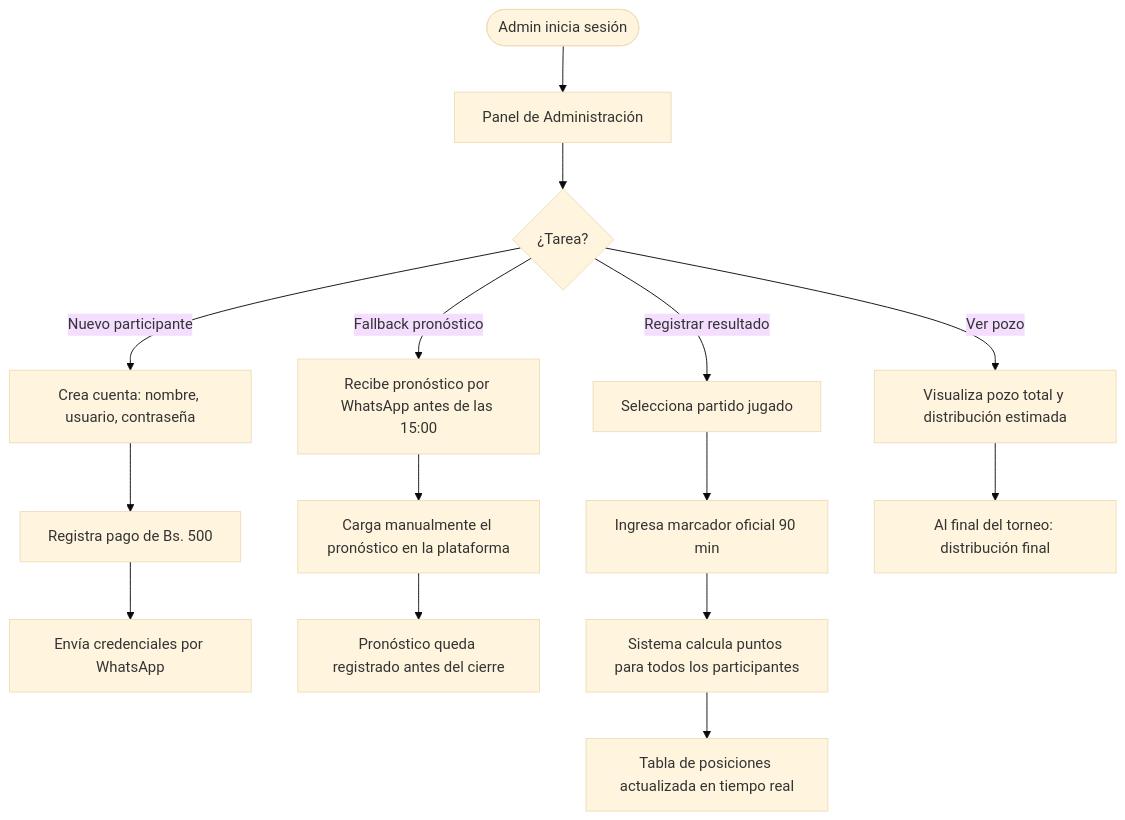
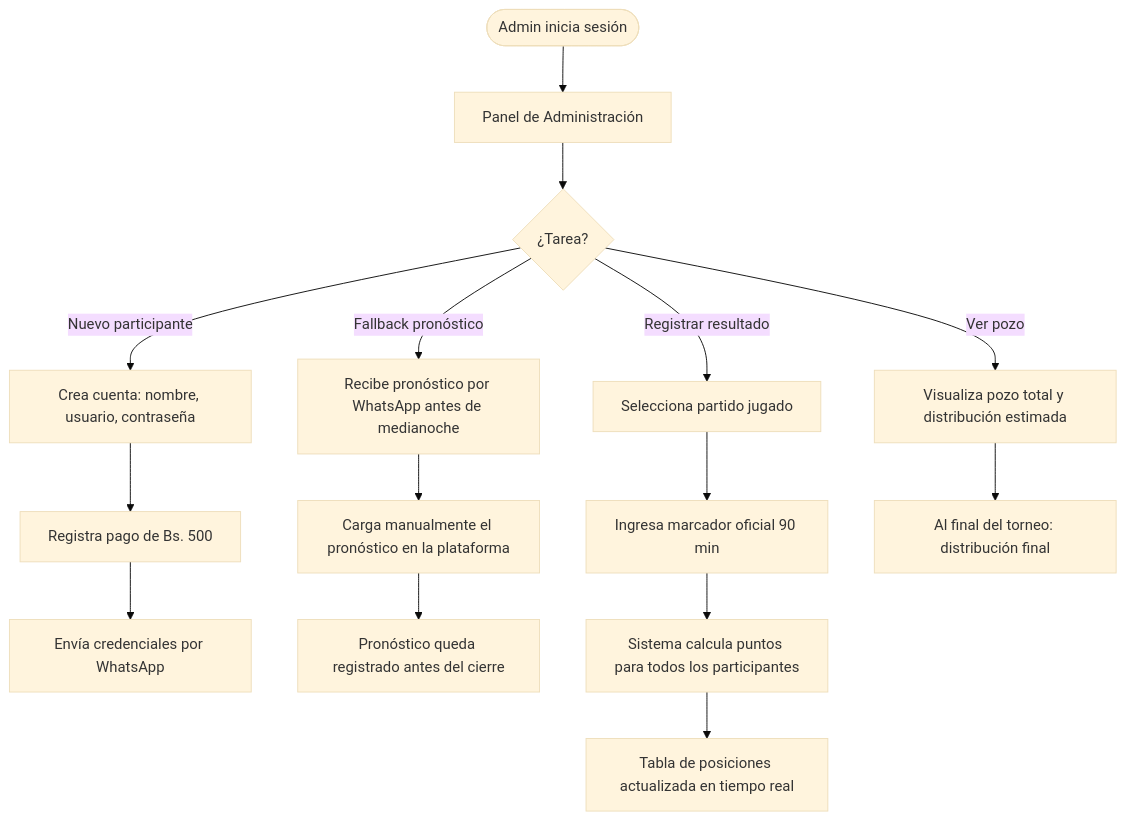
The second of 3 diagrams in docs/PRD_v0.1.md (cgomez-mpsia/pronostico-mundial-2026), drawn with Mermaid (base theme) before and after one commit. The commit also changed other lines of this file and 8 other files, not shown here.

````diff
--- a/docs/PRD_v0.1.md
+++ b/docs/PRD_v0.1.md
@@ -192,17 +192,17 @@
 ```mermaid
 flowchart TD
     A([Admin inicia sesión]) --> B[Panel de Administración]
     B --> C{¿Tarea?}
     C -->|Nuevo participante| D[Crea cuenta: nombre, usuario, contraseña]
     D --> E[Registra pago de Bs. 500]
     E --> F[Envía credenciales por WhatsApp]
-    C -->|Fallback pronóstico| G[Recibe pronóstico por WhatsApp antes de las 15:00]
+    C -->|Fallback pronóstico| G[Recibe pronóstico por WhatsApp antes de medianoche]
     G --> H[Carga manualmente el pronóstico en la plataforma]
     H --> I[Pronóstico queda registrado antes del cierre]
     C -->|Registrar resultado| J[Selecciona partido jugado]
     J --> K[Ingresa marcador oficial 90 min]
     K --> L[Sistema calcula puntos para todos los participantes]
     L --> M[Tabla de posiciones actualizada en tiempo real]
     C -->|Ver pozo| N[Visualiza pozo total y distribución estimada]
     N --> O[Al final del torneo: distribución final]
 ```
````
